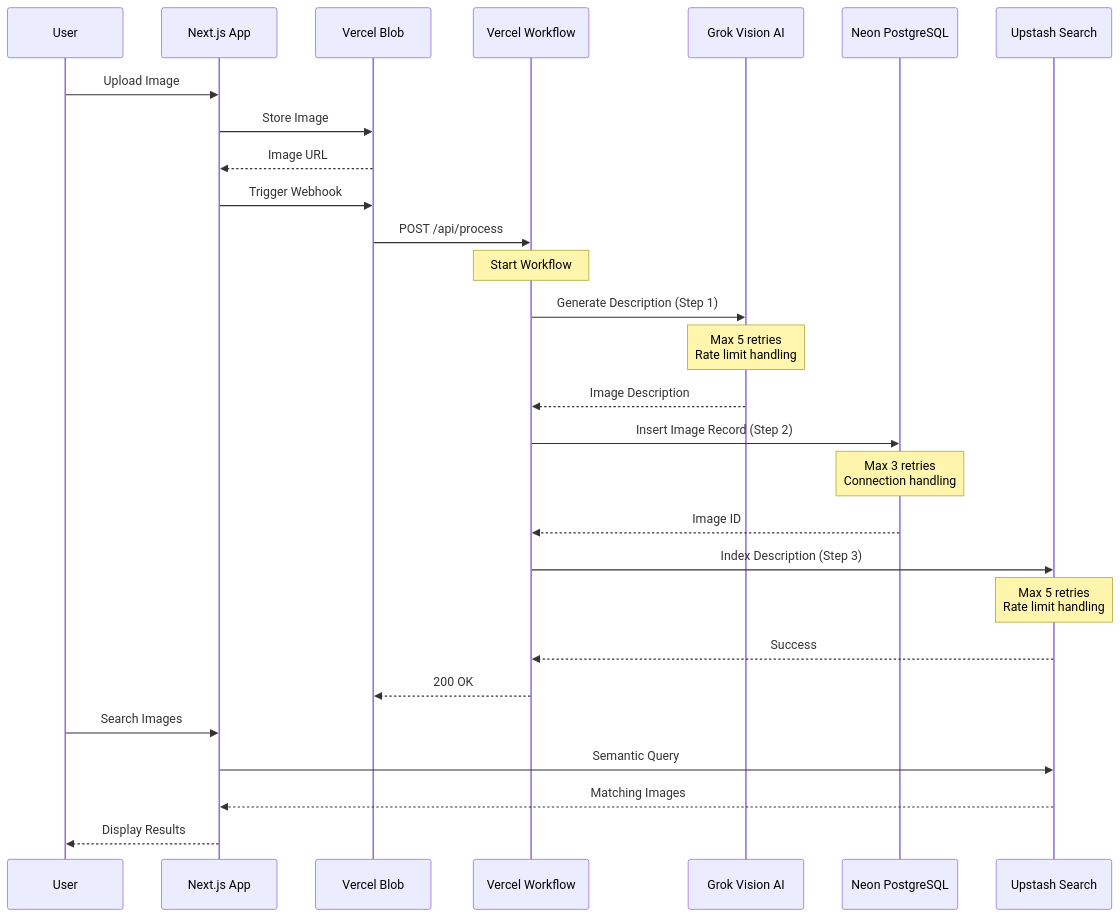
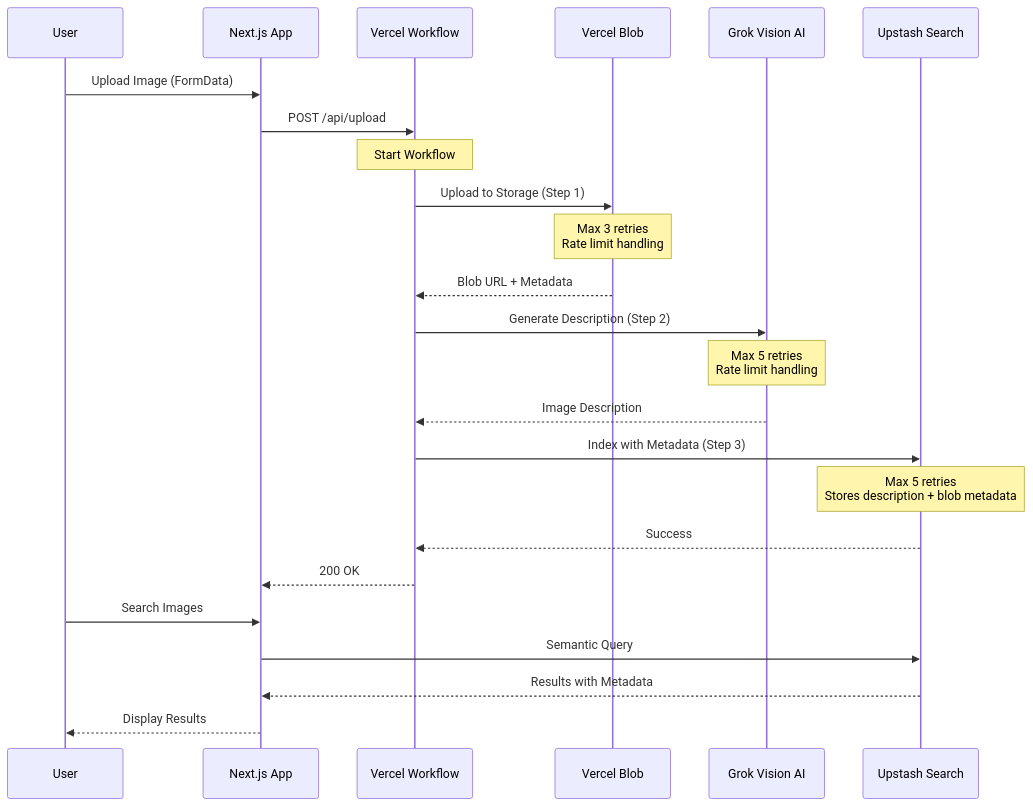
One commit to vercel/vectr changed the diagram in README.md. Above: the diagram before and after it, drawn with Mermaid. The commit also changed other lines of this file and 5 other files, not shown here.

````diff
--- a/README.md
+++ b/README.md
@@ -23,38 +22,33 @@
 ```mermaid
 sequenceDiagram
     participant User
     participant App as Next.js App
+    participant Workflow as Vercel Workflow
     participant Blob as Vercel Blob
-    participant Workflow as Vercel Workflow
     participant AI as Grok Vision AI
-    participant DB as Neon PostgreSQL
     participant Search as Upstash Search
 
-    User->>App: Upload Image
-    App->>Blob: Store Image
-    Blob-->>App: Image URL
-    App->>Blob: Trigger Webhook
-
-    Blob->>Workflow: POST /api/process
+    User->>App: Upload Image (FormData)
+    App->>Workflow: POST /api/upload
 
     Note over Workflow: Start Workflow
 
-    Workflow->>AI: Generate Description (Step 1)
+    Workflow->>Blob: Upload to Storage (Step 1)
+    Note over Blob: Max 3 retries<br/>Rate limit handling
+    Blob-->>Workflow: Blob URL + Metadata
+
+    Workflow->>AI: Generate Description (Step 2)
     Note over AI: Max 5 retries<br/>Rate limit handling
     AI-->>Workflow: Image Description
 
-    Workflow->>DB: Insert Image Record (Step 2)
-    Note over DB: Max 3 retries<br/>Connection handling
-    DB-->>Workflow: Image ID
-
-    Workflow->>Search: Index Description (Step 3)
-    Note over Search: Max 5 retries<br/>Rate limit handling
+    Workflow->>Search: Index with Metadata (Step 3)
+    Note over Search: Max 5 retries<br/>Stores description + blob metadata
     Search-->>Workflow: Success
 
-    Workflow-->>Blob: 200 OK
+    Workflow-->>App: 200 OK
 
     User->>App: Search Images
     App->>Search: Semantic Query
-    Search-->>App: Matching Images
+    Search-->>App: Results with Metadata
     App-->>User: Display Results
 ```
````
